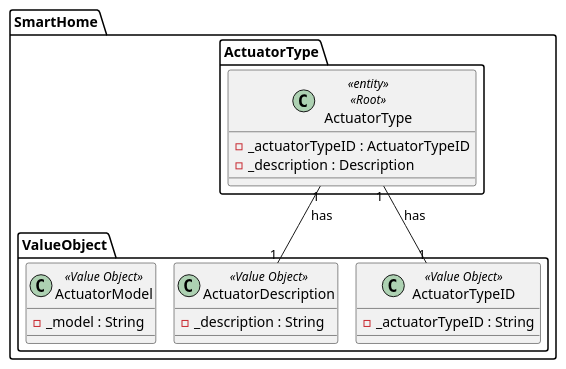
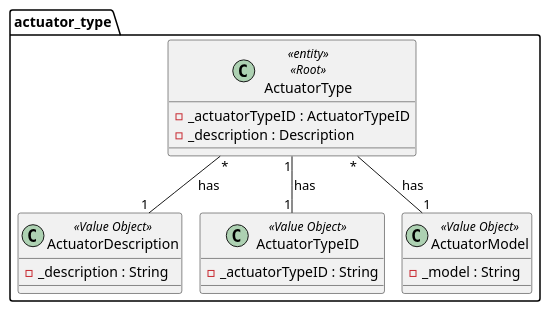
Before and after one commit to olivDiogo/SmartHome: the diagram in docs/ooa/4.agreggateModels/ActuatorType.puml, drawn with PlantUML. The commit also changed 11 other files, not shown here.

```diff
--- a/docs/ooa/4.agreggateModels/ActuatorType.puml
+++ b/docs/ooa/4.agreggateModels/ActuatorType.puml
@@ -1,25 +1,25 @@
 @startuml
 !pragma layout smetana
 
-package SmartHome.ActuatorType {
+package actuator_type {
 class ActuatorType<<entity>><<Root>> {
     - _actuatorTypeID : ActuatorTypeID
     - _description : Description
-
 }
 
-package SmartHome.ValueObject {
 class ActuatorDescription<<Value Object>> {
     - _description : String
 }
 class ActuatorTypeID<<Value Object>> {
     - _actuatorTypeID : String
 }
 class ActuatorModel<<Value Object>> {
     - _model : String
 }
 
-SmartHome.ActuatorType.ActuatorType "1" -- "1" ActuatorDescription : has
-SmartHome.ActuatorType.ActuatorType "1" -- "1" ActuatorTypeID : has
+ActuatorType "*" -- "1" ActuatorDescription : has
+ActuatorType "1" -- "1" ActuatorTypeID : has
+ActuatorType "*" -- "1" ActuatorModel : has
+}
 
 @enduml
```
